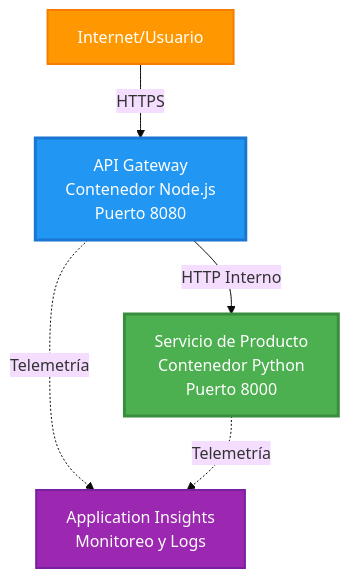
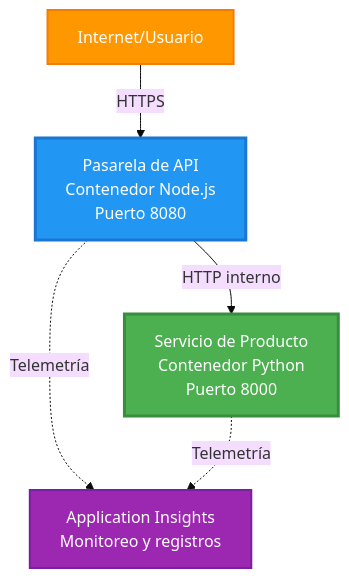
One commit to microsoft/AZD-for-beginners changed the first of 4 diagrams in translations/es/examples/microservices/README.md. Above: the diagram before and after it, drawn with Mermaid (base theme). The commit also changed other lines of this file and 282 other files, not shown here.

````diff
--- a/translations/es/examples/microservices/README.md
+++ b/translations/es/examples/microservices/README.md
@@ -40,17 +31,17 @@
 ```mermaid
 graph TB
     Internet[Internet/Usuario]
-    Gateway[API Gateway<br/>Contenedor Node.js<br/>Puerto 8080]
+    Gateway[Pasarela de API<br/>Contenedor Node.js<br/>Puerto 8080]
     Product[Servicio de Producto<br/>Contenedor Python<br/>Puerto 8000]
-    AppInsights[Application Insights<br/>Monitoreo y Logs]
+    AppInsights[Application Insights<br/>Monitoreo y registros]
     
     Internet -->|HTTPS| Gateway
-    Gateway -->|HTTP Interno| Product
+    Gateway -->|HTTP interno| Product
     Gateway -.->|Telemetría| AppInsights
     Product -.->|Telemetría| AppInsights
     
     style Gateway fill:#2196F3,stroke:#1976D2,stroke-width:3px,color:#fff
     style Product fill:#4CAF50,stroke:#388E3C,stroke-width:3px,color:#fff
     style Internet fill:#FF9800,stroke:#F57C00,stroke-width:2px,color:#fff
     style AppInsights fill:#9C27B0,stroke:#7B1FA2,stroke-width:2px,color:#fff
 ```
````
